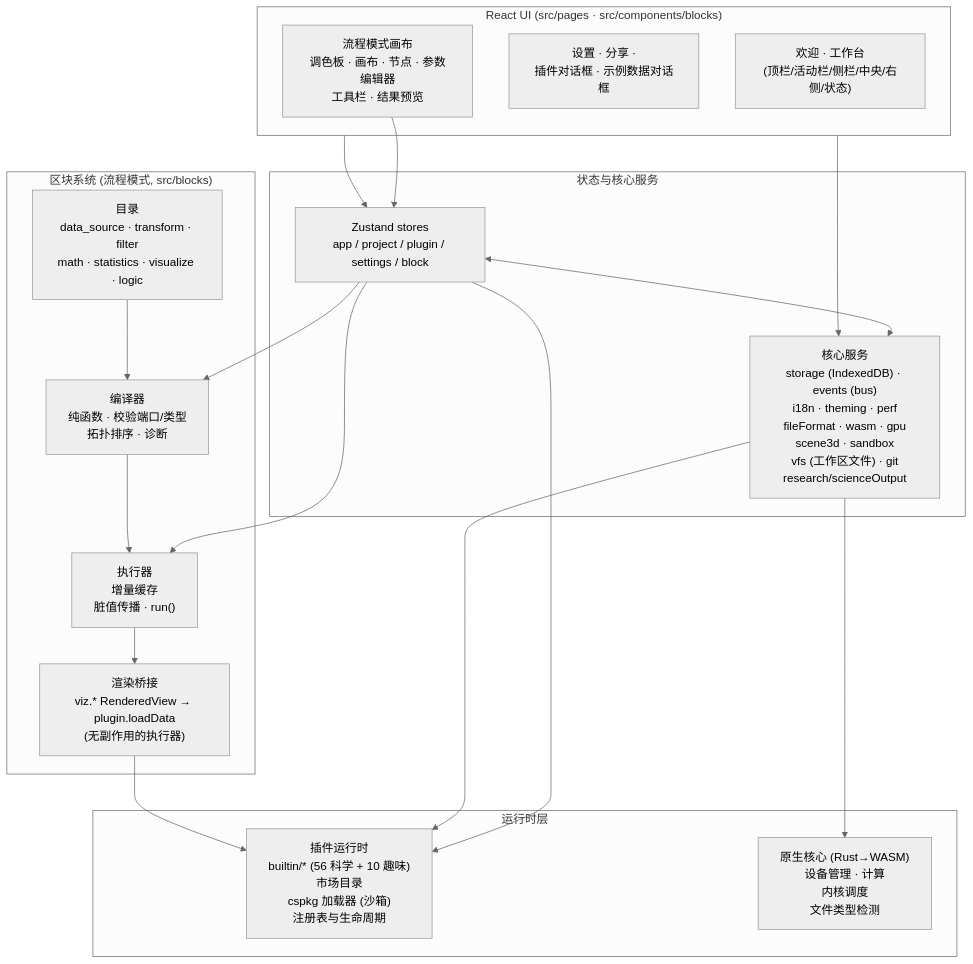
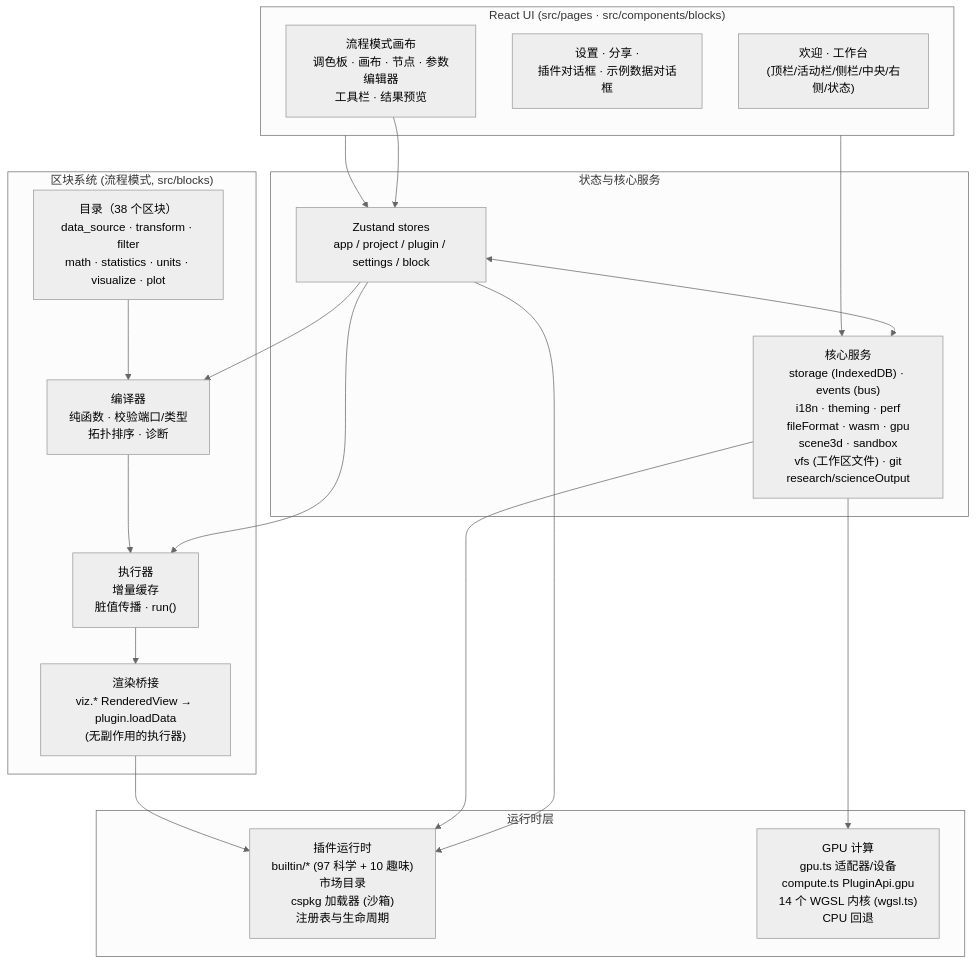
One commit to SnowLeopard-io/ErgalicsStudio changed the diagram in README.zh-CN.md. Above: the diagram before and after it, drawn with Mermaid (neutral theme). The commit also changed other lines of this file and 36 other files, not shown here.

````diff
--- a/README.zh-CN.md
+++ b/README.zh-CN.md
@@ -170,39 +171,39 @@
 ```mermaid
 flowchart TB
     subgraph UI["React UI (src/pages · src/components/blocks)"]
         A1["欢迎 · 工作台<br/>(顶栏/活动栏/侧栏/中央/右侧/状态)"]
         A2["设置 · 分享 ·<br/>插件对话框 · 示例数据对话框"]
         A3["流程模式画布<br/>调色板 · 画布 · 节点 · 参数编辑器<br/>工具栏 · 结果预览"]
     end
 
     subgraph State["状态与核心服务"]
         B1["Zustand stores<br/>app / project / plugin / settings / block"]
         B2["核心服务<br/>storage (IndexedDB) · events (bus)<br/>i18n · theming · perf<br/>fileFormat · wasm · gpu<br/>scene3d · sandbox<br/>vfs (工作区文件) · git<br/>research/scienceOutput"]
     end
 
     subgraph Blocks["区块系统 (流程模式, src/blocks)"]
-        D1["目录<br/>data_source · transform · filter<br/>math · statistics · visualize · logic"]
+        D1["目录（38 个区块）<br/>data_source · transform · filter<br/>math · statistics · units · visualize · plot"]
         D2["编译器<br/>纯函数 · 校验端口/类型<br/>拓扑排序 · 诊断"]
         D3["执行器<br/>增量缓存<br/>脏值传播 · run()"]
         D4["渲染桥接<br/>viz.* RenderedView → plugin.loadData<br/>(无副作用的执行器)"]
     end
 
     subgraph Runtime["运行时层"]
-        C1["插件运行时<br/>builtin/* (56 科学 + 10 趣味)<br/>市场目录<br/>cspkg 加载器 (沙箱)<br/>注册表与生命周期"]
-        C2["原生核心 (Rust→WASM)<br/>设备管理 · 计算<br/>内核调度<br/>文件类型检测"]
+        C1["插件运行时<br/>builtin/* (97 科学 + 10 趣味)<br/>市场目录<br/>cspkg 加载器 (沙箱)<br/>注册表与生命周期"]
+        C2["GPU 计算<br/>gpu.ts 适配器/设备<br/>compute.ts PluginApi.gpu<br/>14 个 WGSL 内核 (wgsl.ts)<br/>CPU 回退"]
     end
 
     UI --> B1
     UI --> B2
     B1 <--> B2
     B1 --> C1
     B2 --> C1
     B2 --> C2
     A3 --> B1
     B1 --> D2
     B1 --> D3
     D2 --> D3
     D1 --> D2
     D3 --> D4
     D4 --> C1
 ```
````
